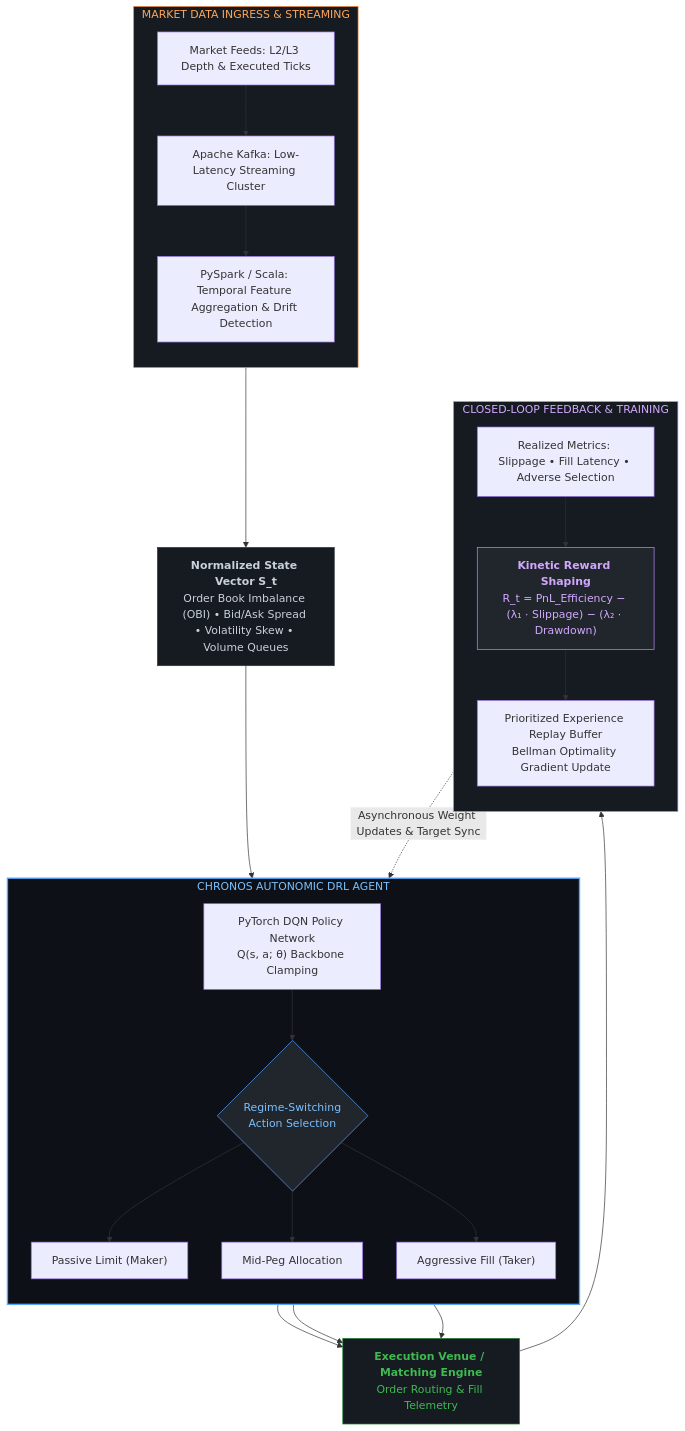
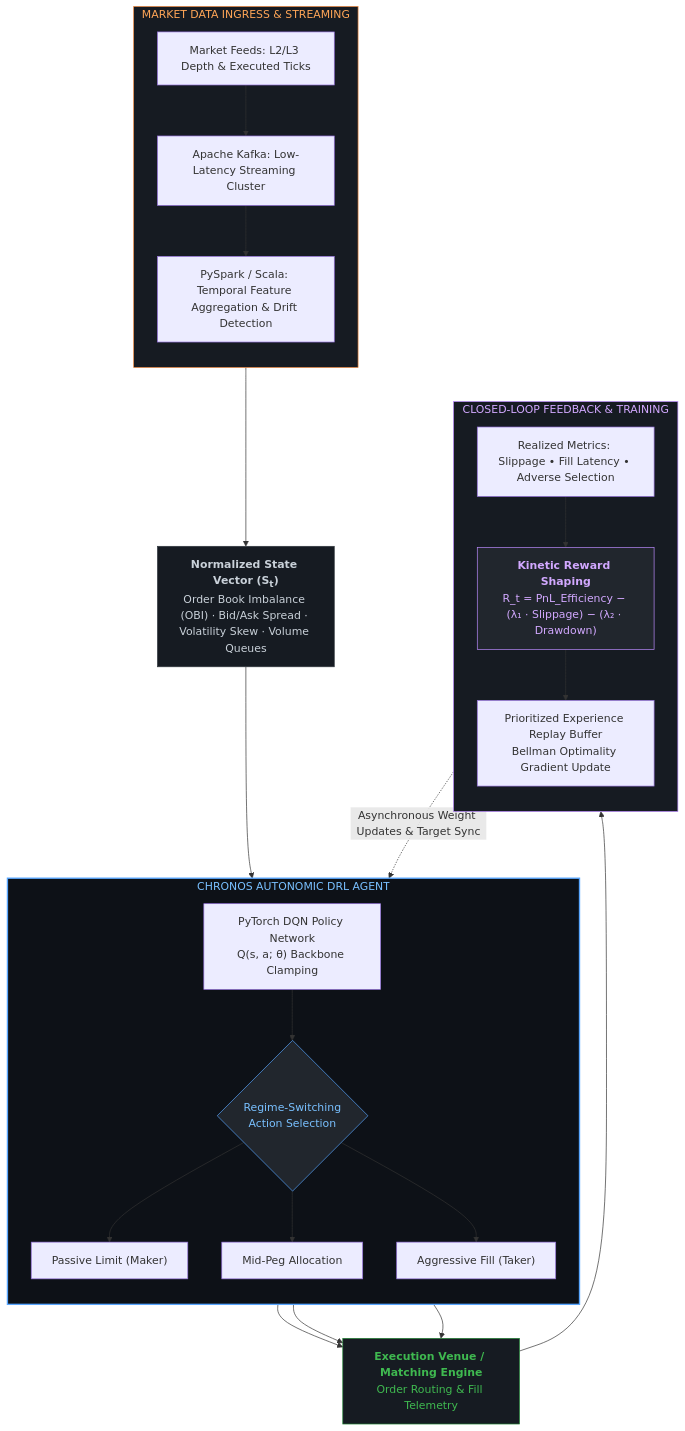
One commit to BArianlou/chronos-rl-liquidity changed the diagram in README.md. Above: the diagram before and after it, drawn with Mermaid.

````diff
--- a/README.md
+++ b/README.md
@@ -51,61 +51,61 @@
 ```mermaid
 graph TD
     %% Streaming Ingress
     subgraph INGRESS["MARKET DATA INGRESS & STREAMING"]
         direction TB
         MKT["Market Feeds: L2/L3 Depth & Executed Ticks"]
         KAFKA["Apache Kafka: Low-Latency Streaming Cluster"]
         SPARK["PySpark / Scala: Temporal Feature Aggregation & Drift Detection"]
         MKT --> KAFKA --> SPARK
     end
 
     %% State Vectorization
-    STATE["<b>Normalized State Vector S_t</b><br/>Order Book Imbalance (OBI) &bull; Bid/Ask Spread &bull; Volatility Skew &bull; Volume Queues"]
+    STATE["<b>Normalized State Vector (S<sub>t</sub>)</b><br/>Order Book Imbalance (OBI) · Bid/Ask Spread · Volatility Skew · Volume Queues"]
     SPARK --> STATE
 
     %% Agent Policy Core
     subgraph DRL["CHRONOS AUTONOMIC DRL AGENT"]
         direction TB
         DQN["PyTorch DQN Policy Network<br/>Q(s, a; &theta;) Backbone Clamping"]
         POLICY{"Regime-Switching<br/>Action Selection"}
         
         ACT_PASS["Passive Limit (Maker)"]
         ACT_PEG["Mid-Peg Allocation"]
         ACT_AGG["Aggressive Fill (Taker)"]
 
         DQN --> POLICY
         POLICY --> ACT_PASS
         POLICY --> ACT_PEG
         POLICY --> ACT_AGG
     end
 
     STATE --> DQN
 
     %% Venue Execution
     VENUE["<b>Execution Venue / Matching Engine</b><br/>Order Routing & Fill Telemetry"]
     ACT_PASS --> VENUE
     ACT_PEG --> VENUE
     ACT_AGG --> VENUE
 
     %% Closed-Loop Feedback
     subgraph REPLAY["CLOSED-LOOP FEEDBACK & TRAINING"]
         direction TB
         METRICS["Realized Metrics: Slippage &bull; Fill Latency &bull; Adverse Selection"]
         REWARD["<b>Kinetic Reward Shaping</b><br/>R_t = PnL_Efficiency − (λ₁ · Slippage) − (λ₂ · Drawdown)"]
         BUFFER["Prioritized Experience Replay Buffer<br/>Bellman Optimality Gradient Update"]
 
         METRICS --> REWARD --> BUFFER
     end
 
     VENUE --> METRICS
     BUFFER -.->|"Asynchronous Weight Updates & Target Sync"| DQN
 
     %% Styling
     style INGRESS fill:#161b22,stroke:#f0883e,stroke-width:1px,color:#ffa657
     style DRL fill:#0d1117,stroke:#58a6ff,stroke-width:2px,color:#79c0ff
     style REPLAY fill:#161b22,stroke:#bc8cff,stroke-width:1px,color:#d2a8ff
     style STATE fill:#161b22,stroke:#30363d,stroke-width:1px,color:#c9d1d9
     style VENUE fill:#161b22,stroke:#238636,stroke-width:1px,color:#3fb950
     style POLICY fill:#21262d,stroke:#58a6ff,stroke-width:1px,color:#79c0ff
     style REWARD fill:#21262d,stroke:#bc8cff,stroke-width:1px,color:#d2a8ff
 ```
````
